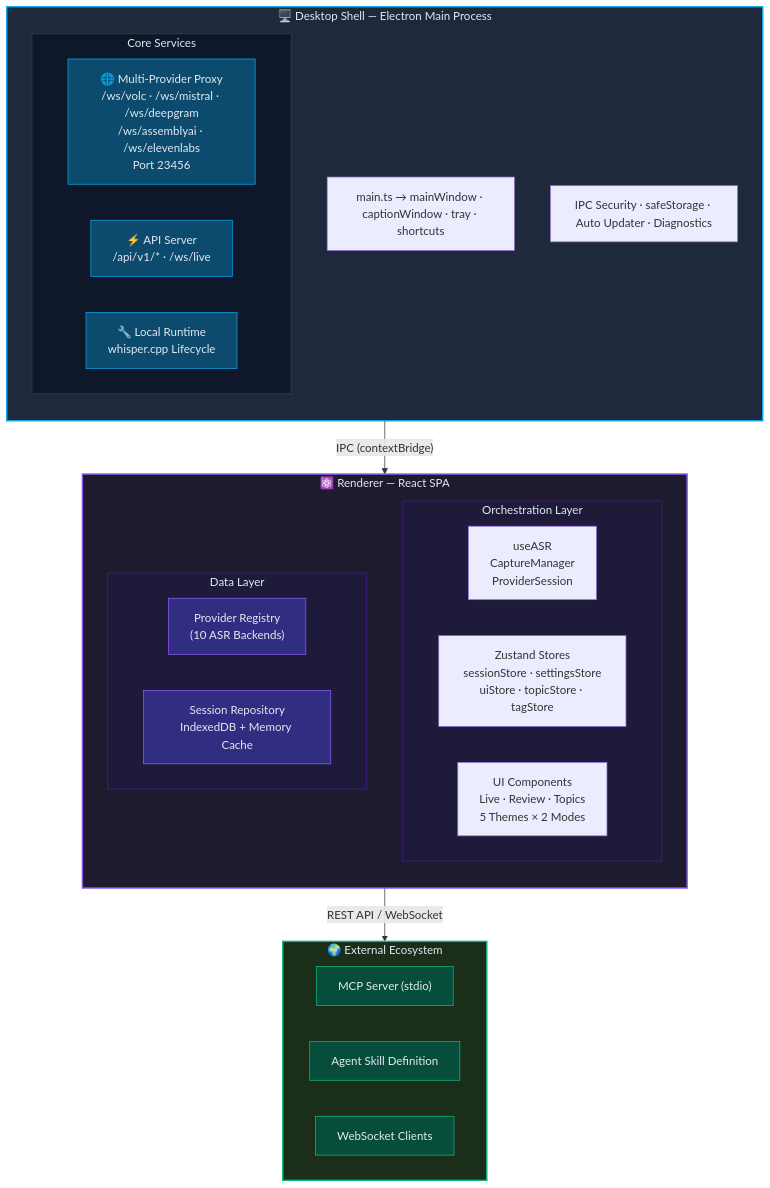
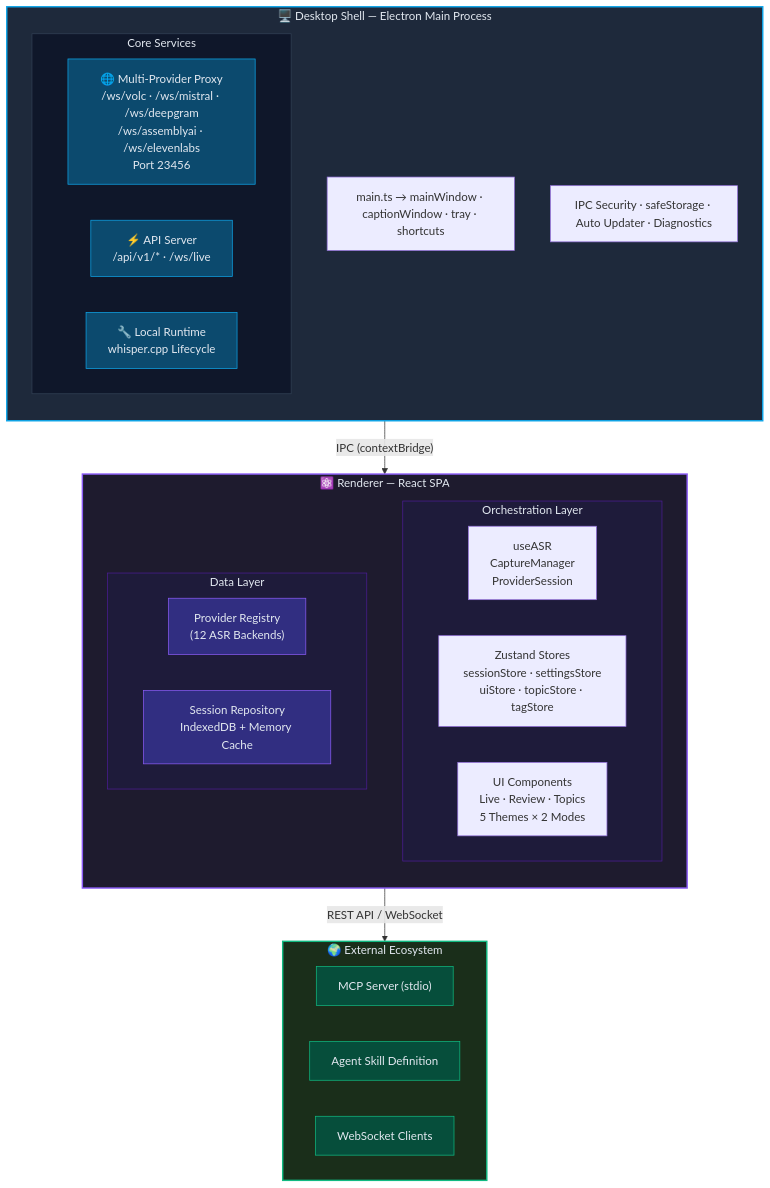
Before and after one commit to XimilalaXiang/DeLive: the first of 4 diagrams in docs/architecture/overview.md, drawn with Mermaid. The commit also changed other lines of this file and 12 other files, not shown here.

````diff
--- a/docs/architecture/overview.md
+++ b/docs/architecture/overview.md
@@ -7,55 +7,55 @@
 ```mermaid
 flowchart TB
   subgraph shell["🖥️ Desktop Shell — Electron Main Process"]
     direction TB
     entry["main.ts → mainWindow · captionWindow · tray · shortcuts"]
     subgraph services["Core Services"]
       direction LR
       volc["🌐 Multi-Provider Proxy\n/ws/volc · /ws/mistral · /ws/deepgram\n/ws/assemblyai · /ws/elevenlabs\nPort 23456"]
       api["⚡ API Server\n/api/v1/* · /ws/live"]
       runtime["🔧 Local Runtime\nwhisper.cpp Lifecycle"]
     end
     infra["IPC Security · safeStorage · Auto Updater · Diagnostics"]
   end
 
   shell -->|"IPC (contextBridge)"| renderer
 
   subgraph renderer["⚛️ Renderer — React SPA"]
     direction TB
     subgraph orchestration["Orchestration Layer"]
       direction LR
       hooks["useASR\nCaptureManager\nProviderSession"]
       stores["Zustand Stores\nsessionStore · settingsStore\nuiStore · topicStore · tagStore"]
       ui["UI Components\nLive · Review · Topics\n5 Themes × 2 Modes"]
     end
     subgraph data["Data Layer"]
       direction LR
-      providers["Provider Registry\n(10 ASR Backends)"]
+      providers["Provider Registry\n(12 ASR Backends)"]
       persistence["Session Repository\nIndexedDB + Memory Cache"]
     end
   end
 
   renderer -->|"REST API / WebSocket"| ecosystem
 
   subgraph ecosystem["🌍 External Ecosystem"]
     direction LR
     mcp["MCP Server (stdio)"]
     skill["Agent Skill Definition"]
     ws["WebSocket Clients"]
   end
 
   style shell fill:#1e293b,stroke:#0ea5e9,stroke-width:2px,color:#e2e8f0
   style renderer fill:#1e1b2e,stroke:#8b5cf6,stroke-width:2px,color:#e2e8f0
   style ecosystem fill:#1a2e1a,stroke:#10b981,stroke-width:2px,color:#e2e8f0
   style services fill:#0f172a,stroke:#334155,color:#e2e8f0
   style orchestration fill:#1e1b3a,stroke:#4c1d95,color:#e2e8f0
   style data fill:#1e1b3a,stroke:#4c1d95,color:#e2e8f0
   style volc fill:#0c4a6e,stroke:#0ea5e9,color:#e2e8f0
   style api fill:#0c4a6e,stroke:#0ea5e9,color:#e2e8f0
   style runtime fill:#0c4a6e,stroke:#0ea5e9,color:#e2e8f0
   style providers fill:#312e81,stroke:#8b5cf6,color:#e2e8f0
   style persistence fill:#312e81,stroke:#8b5cf6,color:#e2e8f0
   style mcp fill:#064e3b,stroke:#10b981,color:#e2e8f0
   style skill fill:#064e3b,stroke:#10b981,color:#e2e8f0
   style ws fill:#064e3b,stroke:#10b981,color:#e2e8f0
 ```
````
